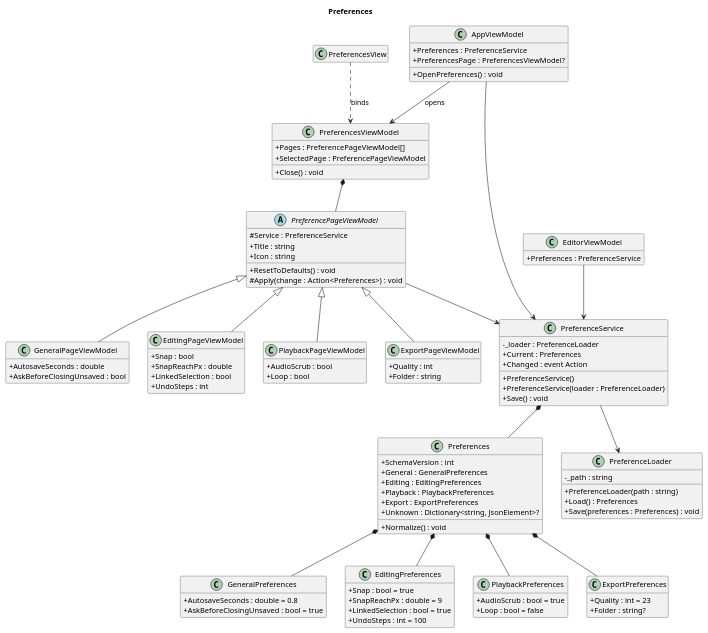
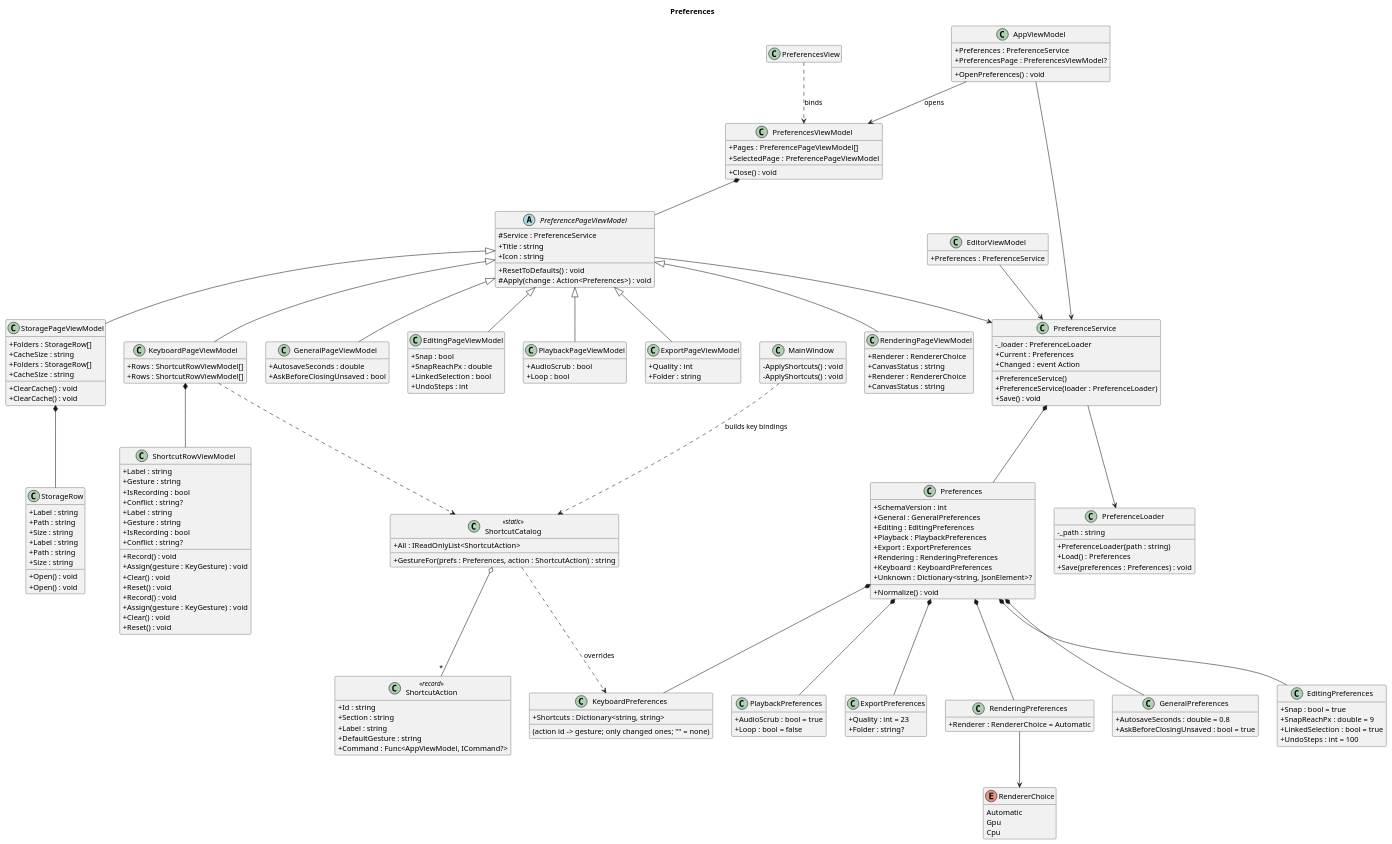
Before and after one commit to Die-Banane/Fig: the diagram in uml/persistence/preferences-schema.puml, drawn with PlantUML. The commit also changed 85 other files, not shown here.

```diff
--- a/uml/persistence/preferences-schema.puml
+++ b/uml/persistence/preferences-schema.puml
@@ -9,6 +9,8 @@
   + Editing : EditingPreferences
   + Playback : PlaybackPreferences
   + Export : ExportPreferences
+  + Rendering : RenderingPreferences
+  + Keyboard : KeyboardPreferences
   + Unknown : Dictionary<string, JsonElement>?
   + Normalize() : void
 }
@@ -35,6 +37,34 @@
   + Folder : string?
 }
 
+enum RendererChoice {
+  Automatic
+  Gpu
+  Cpu
+}
+
+class RenderingPreferences {
+  + Renderer : RendererChoice = Automatic
+}
+
+class KeyboardPreferences {
+  + Shortcuts : Dictionary<string, string>
+  (action id -> gesture; only changed ones; "" = none)
+}
+
+class ShortcutAction <<record>> {
+  + Id : string
+  + Section : string
+  + Label : string
+  + DefaultGesture : string
+  + Command : Func<AppViewModel, ICommand?>
+}
+
+class ShortcutCatalog <<static>> {
+  + All : IReadOnlyList<ShortcutAction>
+  + GestureFor(prefs : Preferences, action : ShortcutAction) : string
+}
+
 class PreferenceService {
   - _loader : PreferenceLoader
   + Current : Preferences
@@ -42,6 +72,43 @@
   + PreferenceService()
   + PreferenceService(loader : PreferenceLoader)
   + Save() : void
+}
+
+class RenderingPageViewModel {
+  + Renderer : RendererChoice
+  + CanvasStatus : string
+}
+
+class KeyboardPageViewModel {
+  + Rows : ShortcutRowViewModel[]
+}
+
+class ShortcutRowViewModel {
+  + Label : string
+  + Gesture : string
+  + IsRecording : bool
+  + Conflict : string?
+  + Record() : void
+  + Assign(gesture : KeyGesture) : void
+  + Clear() : void
+  + Reset() : void
+}
+
+class StoragePageViewModel {
+  + Folders : StorageRow[]
+  + CacheSize : string
+  + ClearCache() : void
+}
+
+class StorageRow {
+  + Label : string
+  + Path : string
+  + Size : string
+  + Open() : void
+}
+
+class MainWindow {
+  - ApplyShortcuts() : void
 }
 
 class PreferencesViewModel {
@@ -80,6 +147,43 @@
   + Folder : string
 }
 
+class RenderingPageViewModel {
+  + Renderer : RendererChoice
+  + CanvasStatus : string
+}
+
+class KeyboardPageViewModel {
+  + Rows : ShortcutRowViewModel[]
+}
+
+class ShortcutRowViewModel {
+  + Label : string
+  + Gesture : string
+  + IsRecording : bool
+  + Conflict : string?
+  + Record() : void
+  + Assign(gesture : KeyGesture) : void
+  + Clear() : void
+  + Reset() : void
+}
+
+class StoragePageViewModel {
+  + Folders : StorageRow[]
+  + CacheSize : string
+  + ClearCache() : void
+}
+
+class StorageRow {
+  + Label : string
+  + Path : string
+  + Size : string
+  + Open() : void
+}
+
+class MainWindow {
+  - ApplyShortcuts() : void
+}
+
 class PreferencesView
 class AppViewModel {
   + Preferences : PreferenceService
@@ -101,6 +205,11 @@
 Preferences *-- EditingPreferences
 Preferences *-- PlaybackPreferences
 Preferences *-- ExportPreferences
+Preferences *-- RenderingPreferences
+Preferences *-- KeyboardPreferences
+RenderingPreferences --> RendererChoice
+ShortcutCatalog o-- "*" ShortcutAction
+ShortcutCatalog ..> KeyboardPreferences : overrides
 PreferenceService *-- Preferences
 PreferenceService --> PreferenceLoader
 PreferencesViewModel *-- PreferencePageViewModel
@@ -108,6 +217,13 @@
 PreferencePageViewModel <|-- EditingPageViewModel
 PreferencePageViewModel <|-- PlaybackPageViewModel
 PreferencePageViewModel <|-- ExportPageViewModel
+PreferencePageViewModel <|-- RenderingPageViewModel
+PreferencePageViewModel <|-- KeyboardPageViewModel
+PreferencePageViewModel <|-- StoragePageViewModel
+KeyboardPageViewModel *-- ShortcutRowViewModel
+KeyboardPageViewModel ..> ShortcutCatalog
+StoragePageViewModel *-- StorageRow
+MainWindow ..> ShortcutCatalog : builds key bindings
 PreferencePageViewModel --> PreferenceService
 PreferencesView ..> PreferencesViewModel : binds
 AppViewModel --> PreferenceService
```
